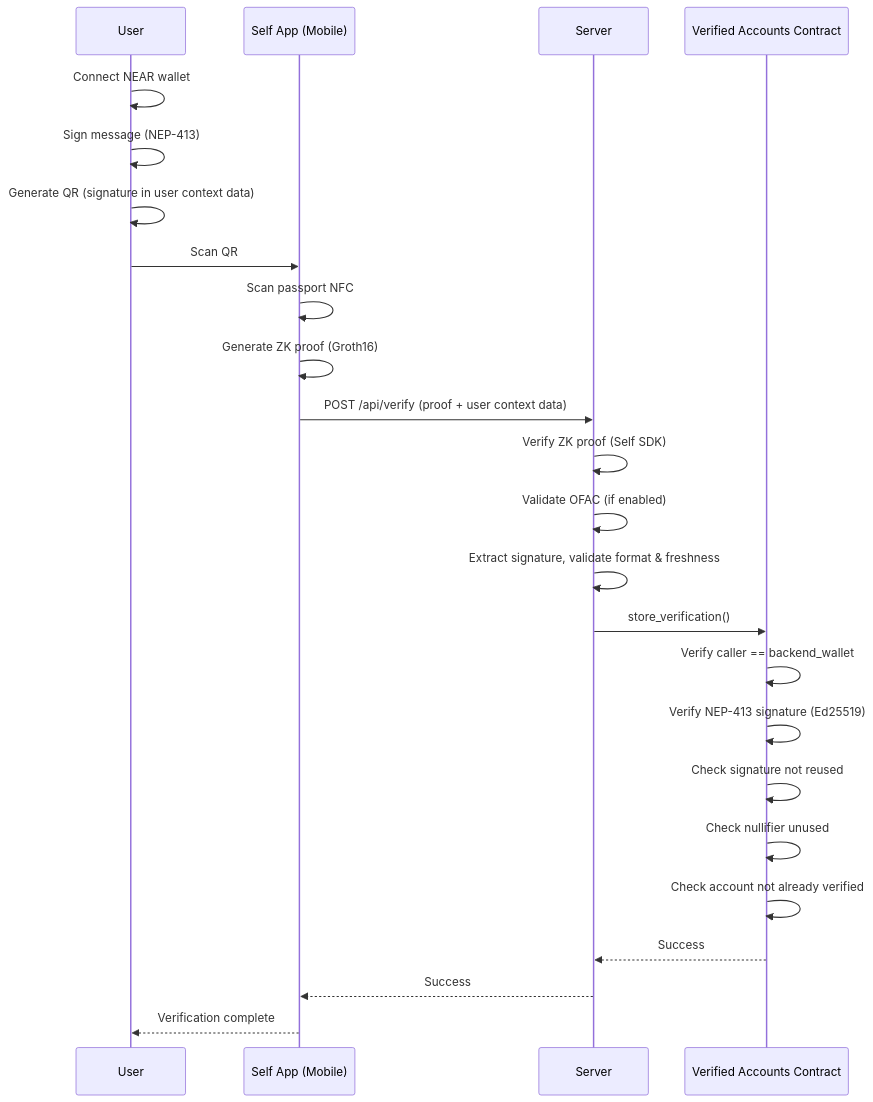
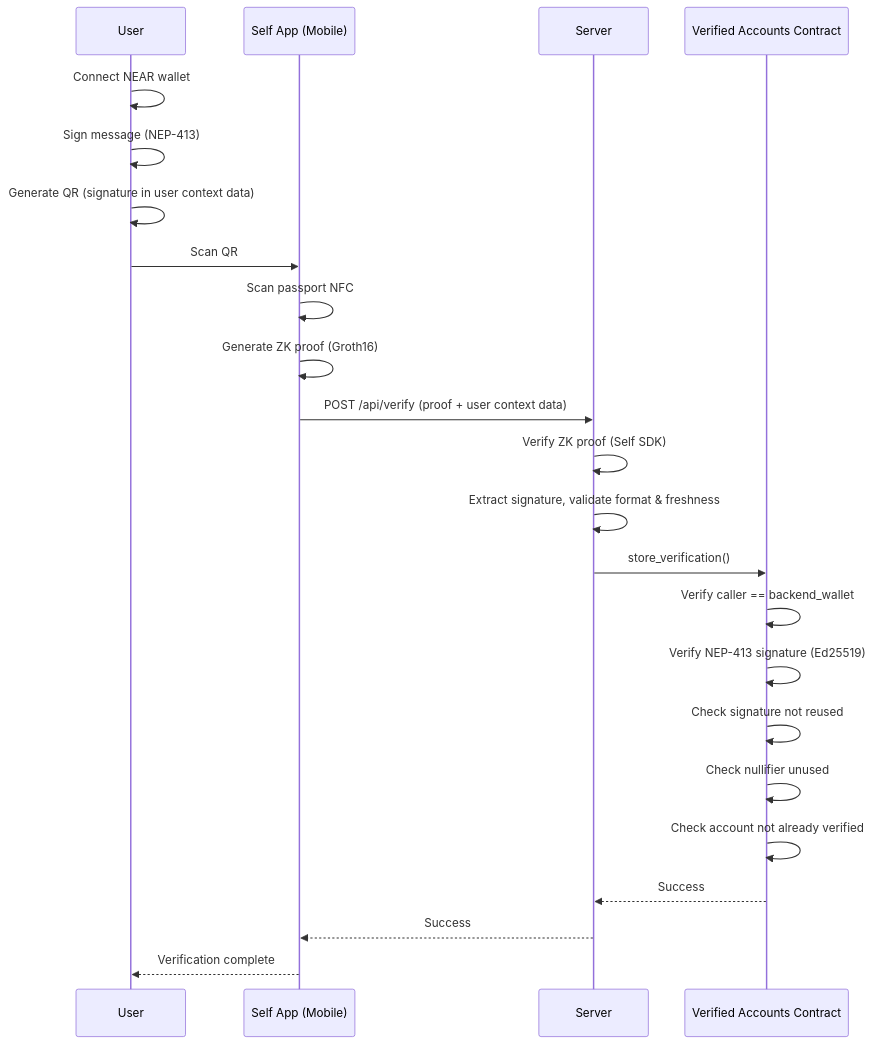
One commit to HackHumanityOrg/near-citizens-house changed the diagram in docs/HOW_IT_WORKS.md. Above: the diagram before and after it, drawn with Mermaid. The commit also changed other lines of this file and 23 other files, not shown here.

First line of the commit message:
Simplify verification flow and tooling

````diff
--- a/docs/HOW_IT_WORKS.md
+++ b/docs/HOW_IT_WORKS.md
@@ -17,31 +17,30 @@
 ```mermaid
 sequenceDiagram
     participant User
     participant SelfApp as Self App (Mobile)
     participant BW as Server
     participant Contract as Verified Accounts Contract
 
     User->>User: Connect NEAR wallet
     User->>User: Sign message (NEP-413)
     User->>User: Generate QR (signature in user context data)
 
     User->>SelfApp: Scan QR
     SelfApp->>SelfApp: Scan passport NFC
     SelfApp->>SelfApp: Generate ZK proof (Groth16)
     SelfApp->>BW: POST /api/verify (proof + user context data)
 
     BW->>BW: Verify ZK proof (Self SDK)
-    BW->>BW: Validate OFAC (if enabled)
     BW->>BW: Extract signature, validate format & freshness
     BW->>Contract: store_verification()
 
     Contract->>Contract: Verify caller == backend_wallet
     Contract->>Contract: Verify NEP-413 signature (Ed25519)
     Contract->>Contract: Check signature not reused
     Contract->>Contract: Check nullifier unused
     Contract->>Contract: Check account not already verified
     Contract-->>BW: Success
 
     BW-->>SelfApp: Success
     SelfApp-->>User: Verification complete
 ```
````
